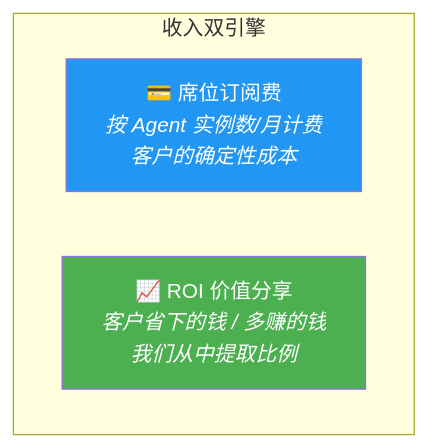
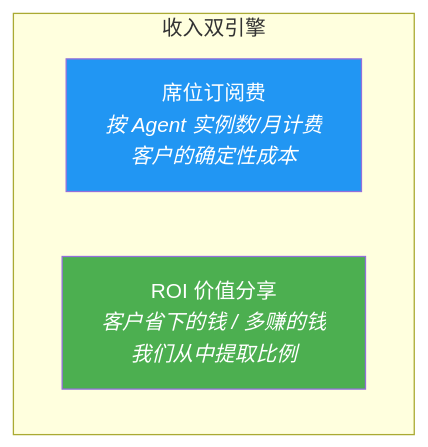
Before and after one commit to CodePothunter/lingque: the fifth of 11 diagrams in docs/VC_TENGEN_AI.md, drawn with Mermaid. The commit also changed other lines of this file, not shown here.

Commit message:
📝【文档】：移除所有 mermaid 图表中的 emoji 以修复 GitHub 渲染问题

````diff
--- a/docs/VC_TENGEN_AI.md
+++ b/docs/VC_TENGEN_AI.md
@@ -331,11 +331,11 @@
 ```mermaid
 flowchart TB
     subgraph REVENUE["收入双引擎"]
         direction LR
-        A["💳 席位订阅费<br/><i>按 Agent 实例数/月计费</i><br/><i>客户的确定性成本</i>"]
-        B["📈 ROI 价值分享<br/><i>客户省下的钱 / 多赚的钱</i><br/><i>我们从中提取比例</i>"]
+        A["席位订阅费<br/><i>按 Agent 实例数/月计费</i><br/><i>客户的确定性成本</i>"]
+        B["ROI 价值分享<br/><i>客户省下的钱 / 多赚的钱</i><br/><i>我们从中提取比例</i>"]
     end
 
     style A fill:#2196F3,color:#fff
     style B fill:#4CAF50,color:#fff
 ```
````
